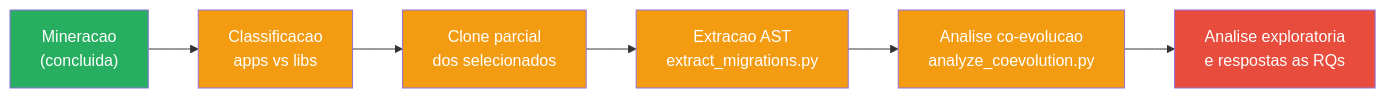
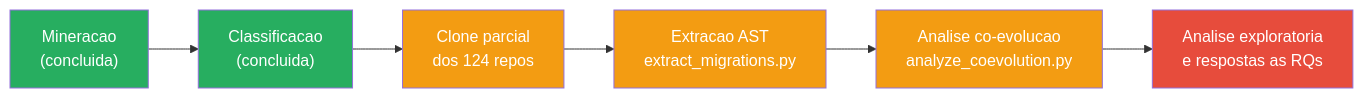
The seventh of 7 diagrams in docs/06-selecao-corpus.md (gabrielrochass/tcc-schema-code-evolution), drawn with Mermaid before and after one commit. The commit also changed other lines of this file, not shown here.

````diff
--- a/docs/06-selecao-corpus.md
+++ b/docs/06-selecao-corpus.md
@@ -177,15 +348,15 @@
 ```mermaid
 flowchart LR
-    A["Mineracao\n(concluida)"] --> B["Classificacao\napps vs libs"]
-    B --> C["Clone parcial\ndos selecionados"]
+    A["Mineracao\n(concluida)"] --> B["Classificacao\n(concluida)"]
+    B --> C["Clone parcial\ndos 124 repos"]
     C --> D["Extracao AST\nextract_migrations.py"]
     D --> E["Analise co-evolucao\nanalyze_coevolution.py"]
     E --> F["Analise exploratoria\ne respostas as RQs"]
 
     style A fill:#27ae60,color:#fff
-    style B fill:#f39c12,color:#fff
+    style B fill:#27ae60,color:#fff
     style C fill:#f39c12,color:#fff
     style D fill:#f39c12,color:#fff
     style E fill:#f39c12,color:#fff
     style F fill:#e74c3c,color:#fff
 ```
````
